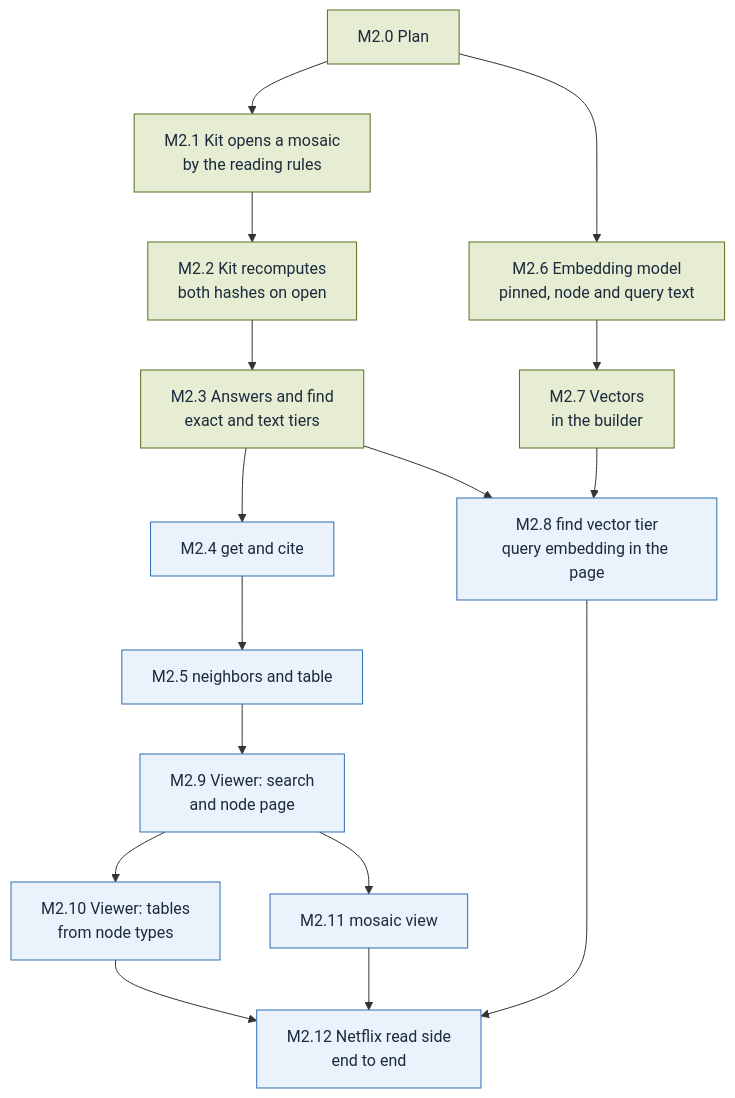
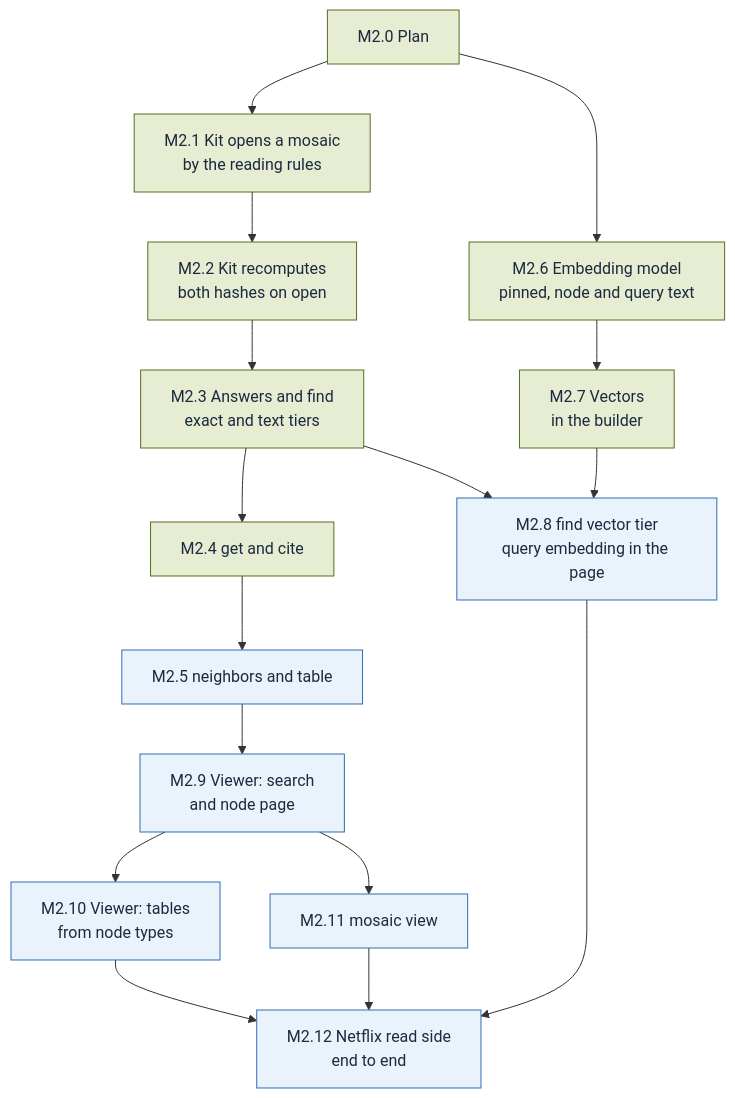
The diagram in plan/M2.md (alcjor/Mosaic), drawn with Mermaid before and after one commit. The commit also changed other lines of this file and 5 other files, not shown here.

````diff
--- a/plan/M2.md
+++ b/plan/M2.md
@@ -3,36 +3,36 @@
 ```mermaid
 flowchart TD
   M2_0["M2.0 Plan"]
   M2_1["M2.1 Kit opens a mosaic<br/>by the reading rules"]
   M2_2["M2.2 Kit recomputes<br/>both hashes on open"]
   M2_3["M2.3 Answers and find<br/>exact and text tiers"]
   M2_4["M2.4 get and cite"]
   M2_5["M2.5 neighbors and table"]
   M2_6["M2.6 Embedding model<br/>pinned, node and query text"]
   M2_7["M2.7 Vectors<br/>in the builder"]
   M2_8["M2.8 find vector tier<br/>query embedding in the page"]
   M2_9["M2.9 Viewer: search<br/>and node page"]
   M2_10["M2.10 Viewer: tables<br/>from node types"]
   M2_11["M2.11 mosaic view"]
   M2_12["M2.12 Netflix read side<br/>end to end"]
   M2_0 --> M2_1
   M2_1 --> M2_2
   M2_2 --> M2_3
   M2_3 --> M2_4
   M2_4 --> M2_5
   M2_0 --> M2_6
   M2_6 --> M2_7
   M2_3 --> M2_8
   M2_7 --> M2_8
   M2_5 --> M2_9
   M2_9 --> M2_10
   M2_9 --> M2_11
   M2_8 --> M2_12
   M2_10 --> M2_12
   M2_11 --> M2_12
   classDef done fill:#E6EDD3,stroke:#55701F,color:#1B2A3D
   classDef todo fill:#EAF2FB,stroke:#2F6DB5,color:#1B2A3D
   classDef parked fill:#FCEFCF,stroke:#F2B630,color:#1B2A3D
-  class M2_0,M2_1,M2_2,M2_3,M2_6,M2_7 done
-  class M2_4,M2_5,M2_8,M2_9,M2_10,M2_11,M2_12 todo
+  class M2_0,M2_1,M2_2,M2_3,M2_4,M2_6,M2_7 done
+  class M2_5,M2_8,M2_9,M2_10,M2_11,M2_12 todo
 ```
````
